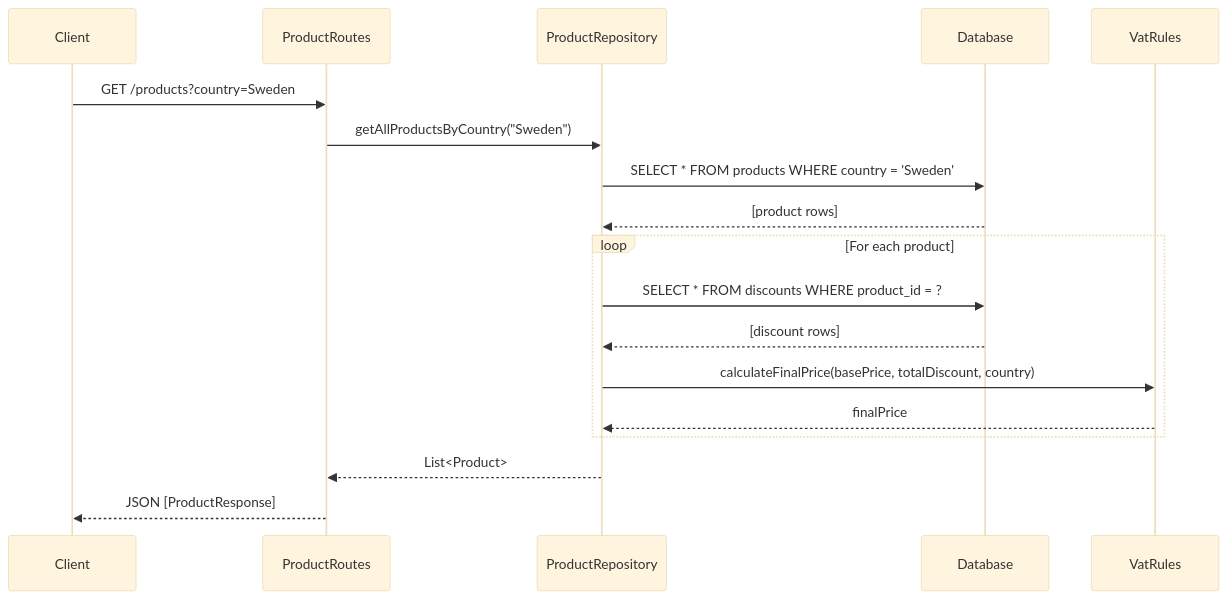
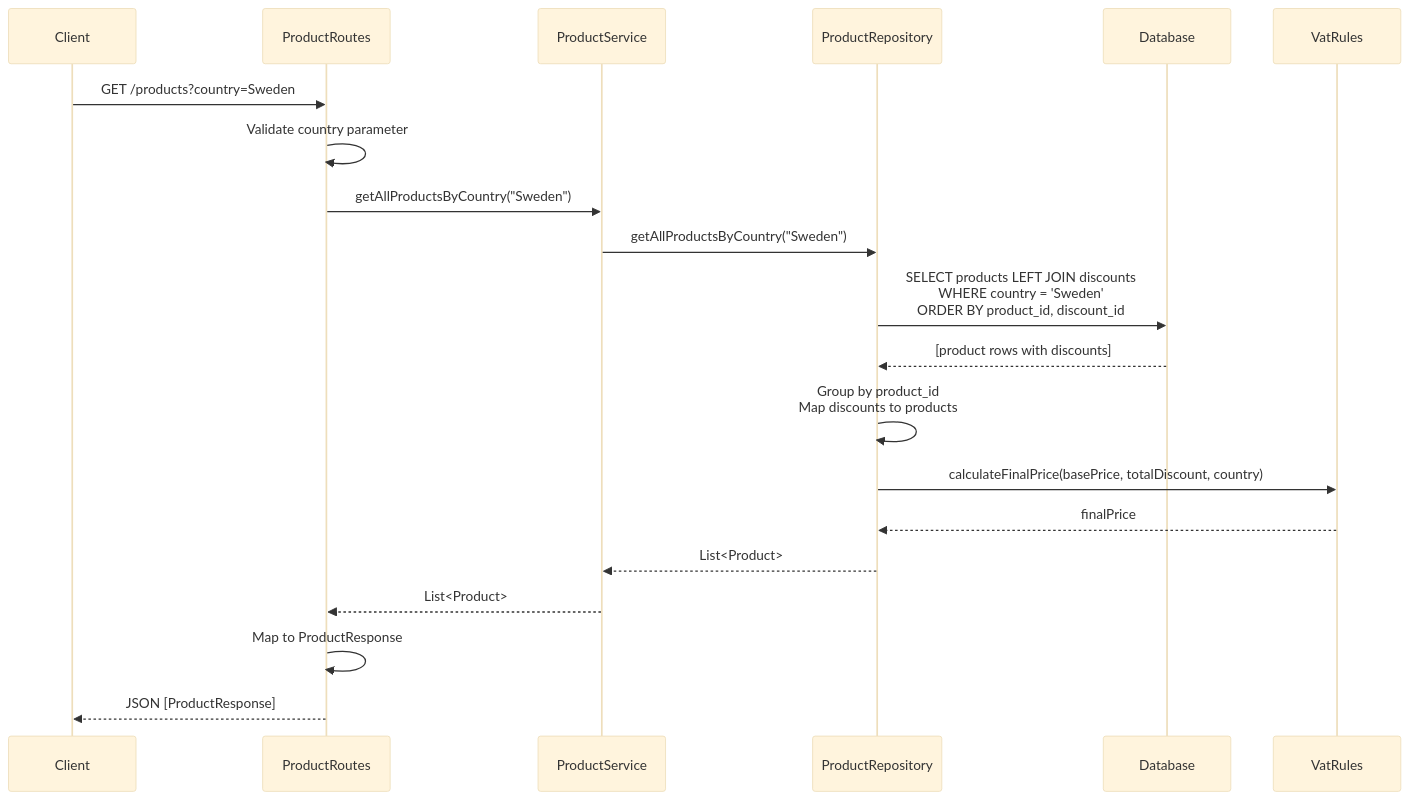
Before and after one commit to jayashree09/ktor-project: the first of 2 diagrams in ARCHITECTURE.md, drawn with Mermaid (base theme). The commit also changed other lines of this file and 7 other files, not shown here.

````diff
--- a/ARCHITECTURE.md
+++ b/ARCHITECTURE.md
@@ -83,23 +120,25 @@
 ```mermaid
 sequenceDiagram
     participant Client
     participant ProductRoutes
+    participant ProductService
     participant ProductRepository
     participant Database
     participant VatRules
 
     Client->>ProductRoutes: GET /products?country=Sweden
-    ProductRoutes->>ProductRepository: getAllProductsByCountry("Sweden")
-    ProductRepository->>Database: SELECT * FROM products WHERE country = 'Sweden'
-    Database-->>ProductRepository: [product rows]
+    ProductRoutes->>ProductRoutes: Validate country parameter
+    ProductRoutes->>ProductService: getAllProductsByCountry("Sweden")
+    ProductService->>ProductRepository: getAllProductsByCountry("Sweden")
+    ProductRepository->>Database: SELECT products LEFT JOIN discounts<br/>WHERE country = 'Sweden'<br/>ORDER BY product_id, discount_id
+    Database-->>ProductRepository: [product rows with discounts]
     
-    loop For each product
-        ProductRepository->>Database: SELECT * FROM discounts WHERE product_id = ?
-        Database-->>ProductRepository: [discount rows]
-        ProductRepository->>VatRules: calculateFinalPrice(basePrice, totalDiscount, country)
-        VatRules-->>ProductRepository: finalPrice
-    end
+    ProductRepository->>ProductRepository: Group by product_id<br/>Map discounts to products
+    ProductRepository->>VatRules: calculateFinalPrice(basePrice, totalDiscount, country)
+    VatRules-->>ProductRepository: finalPrice
     
-    ProductRepository-->>ProductRoutes: List<Product>
+    ProductRepository-->>ProductService: List<Product>
+    ProductService-->>ProductRoutes: List<Product>
+    ProductRoutes->>ProductRoutes: Map to ProductResponse
     ProductRoutes-->>Client: JSON [ProductResponse]
 ```
````
